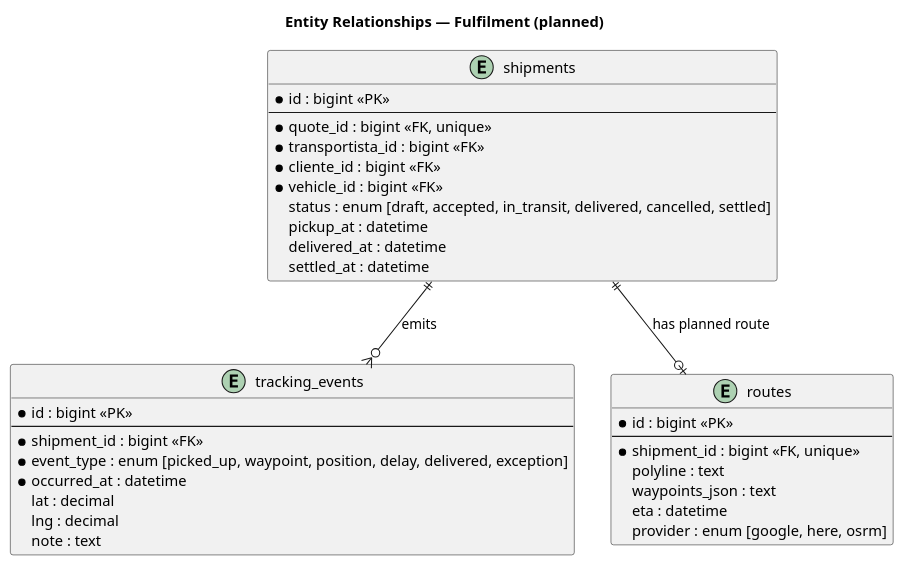
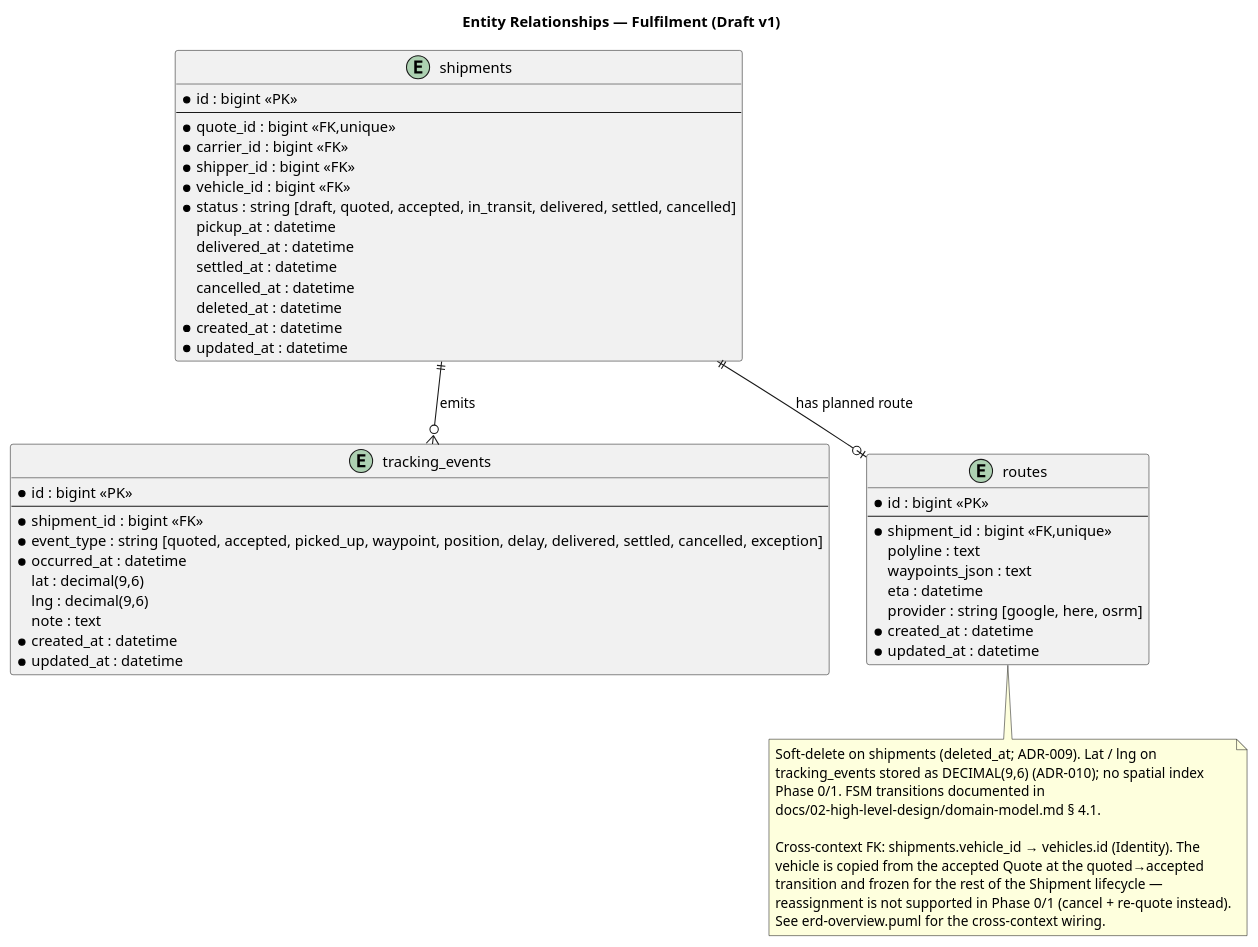
The diagram in docs/04-database-diagrams/erd-fulfilment.puml (matias-ferrero/Truckr), drawn with PlantUML before and after one commit. The commit also changed 32 other files, not shown here.

First line of the commit message:
[REQ-BE-00005] docs(domain): draft initial domain model, glossary SoT, and identity spec (#74)

```diff
--- a/docs/04-database-diagrams/erd-fulfilment.puml
+++ b/docs/04-database-diagrams/erd-fulfilment.puml
@@ -1,41 +1,62 @@
 @startuml erd-fulfilment
-title Entity Relationships — Fulfilment (planned)
+title Entity Relationships — Fulfilment (Draft v1)
 
 entity "shipments" as s {
   * id : bigint <<PK>>
   --
-  * quote_id : bigint <<FK, unique>>
-  * transportista_id : bigint <<FK>>
-  * cliente_id : bigint <<FK>>
+  * quote_id : bigint <<FK,unique>>
+  * carrier_id : bigint <<FK>>
+  * shipper_id : bigint <<FK>>
   * vehicle_id : bigint <<FK>>
-  status : enum [draft, accepted, in_transit, delivered, cancelled, settled]
+  * status : string [draft, quoted, accepted, in_transit, delivered, settled, cancelled]
   pickup_at : datetime
   delivered_at : datetime
   settled_at : datetime
+  cancelled_at : datetime
+  deleted_at : datetime
+  * created_at : datetime
+  * updated_at : datetime
 }
 
 entity "tracking_events" as te {
   * id : bigint <<PK>>
   --
   * shipment_id : bigint <<FK>>
-  * event_type : enum [picked_up, waypoint, position, delay, delivered, exception]
+  * event_type : string [quoted, accepted, picked_up, waypoint, position, delay, delivered, settled, cancelled, exception]
   * occurred_at : datetime
-  lat : decimal
-  lng : decimal
+  lat : decimal(9,6)
+  lng : decimal(9,6)
   note : text
+  * created_at : datetime
+  * updated_at : datetime
 }
 
 entity "routes" as r {
   * id : bigint <<PK>>
   --
-  * shipment_id : bigint <<FK, unique>>
+  * shipment_id : bigint <<FK,unique>>
   polyline : text
   waypoints_json : text
   eta : datetime
-  provider : enum [google, here, osrm]
+  provider : string [google, here, osrm]
+  * created_at : datetime
+  * updated_at : datetime
 }
 
 s ||--o{ te : "emits"
 s ||--o| r : "has planned route"
 
+note bottom
+  Soft-delete on shipments (deleted_at; ADR-009). Lat / lng on
+  tracking_events stored as DECIMAL(9,6) (ADR-010); no spatial index
+  Phase 0/1. FSM transitions documented in
+  docs/02-high-level-design/domain-model.md § 4.1.
+
+  Cross-context FK: shipments.vehicle_id → vehicles.id (Identity). The
+  vehicle is copied from the accepted Quote at the quoted→accepted
+  transition and frozen for the rest of the Shipment lifecycle —
+  reassignment is not supported in Phase 0/1 (cancel + re-quote instead).
+  See erd-overview.puml for the cross-context wiring.
+end note
+
 @enduml
```
